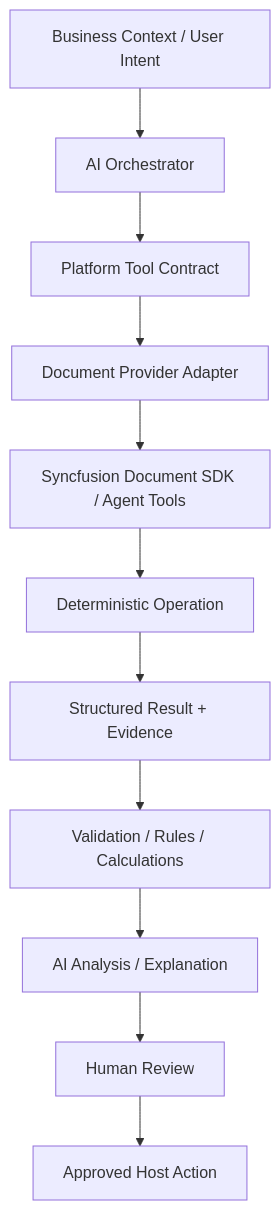
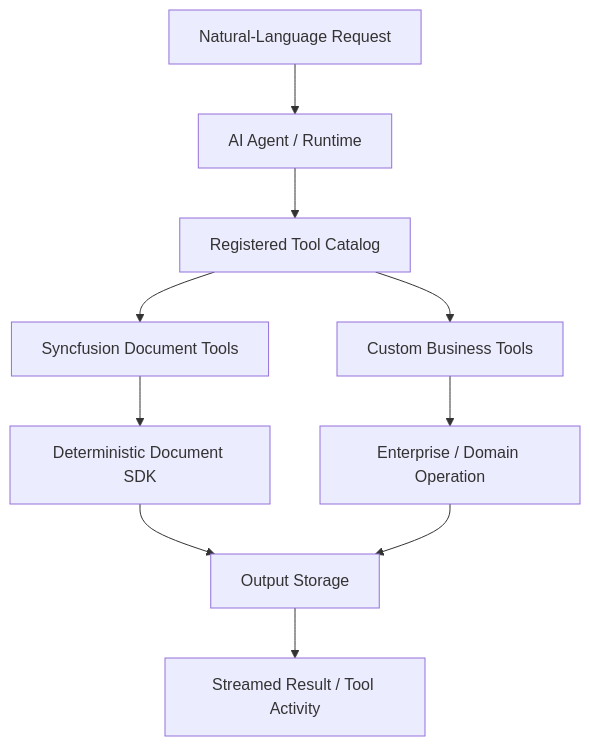
One commit to Milancho/ai-engineering-playbook changed the fourth of 10 diagrams in docs/research/Syncfusion-AI-Tools.md. Above: the diagram before and after it, drawn with Mermaid. The commit also changed other lines of this file, not shown here.

Commit message:
docs: add Syncfusion agent workflow and embedded AI findings

````diff
--- a/docs/research/Syncfusion-AI-Tools.md
+++ b/docs/research/Syncfusion-AI-Tools.md
@@ -108,13 +63,12 @@
 ```mermaid
 flowchart TD
-    A[Business Context / User Intent] --> B[AI Orchestrator]
-    B --> C[Platform Tool Contract]
-    C --> D[Document Provider Adapter]
-    D --> E[Syncfusion Document SDK / Agent Tools]
-    E --> F[Deterministic Operation]
-    F --> G[Structured Result + Evidence]
-    G --> H[Validation / Rules / Calculations]
-    H --> I[AI Analysis / Explanation]
-    I --> J[Human Review]
-    J --> K[Approved Host Action]
+    A[Natural-Language Request] --> B[AI Agent / Runtime]
+    B --> C[Registered Tool Catalog]
+    C --> D[Syncfusion Document Tools]
+    C --> E[Custom Business Tools]
+    D --> F[Deterministic Document SDK]
+    E --> G[Enterprise / Domain Operation]
+    F --> H[Output Storage]
+    G --> H
+    H --> I[Streamed Result / Tool Activity]
 ```
````
